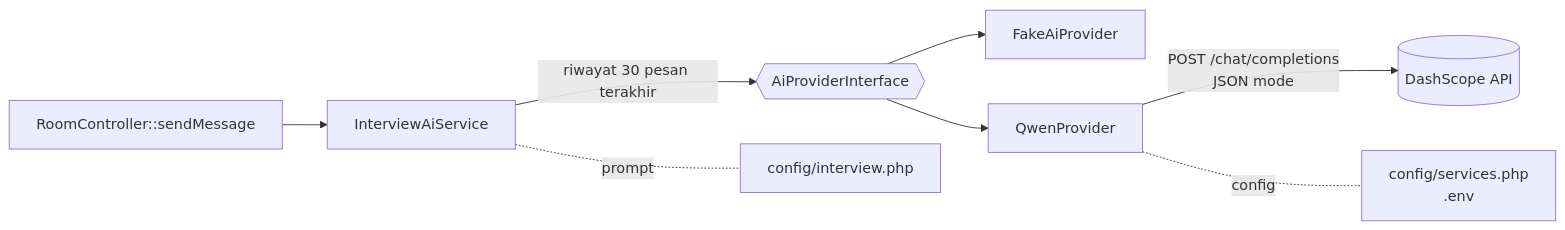
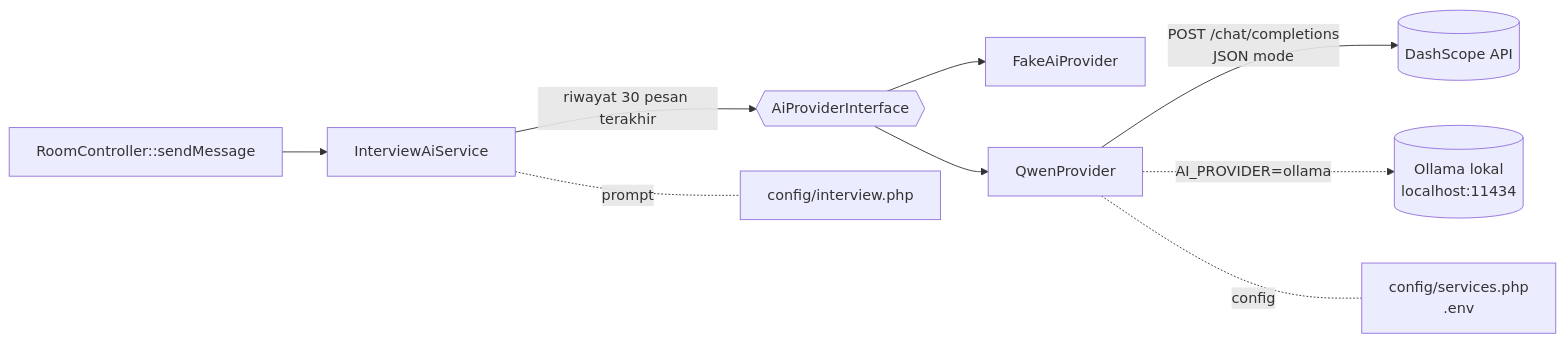
Before and after one commit to MRadhityaUtomo/ai-interviewer-test: the diagram in docs/AI_INTEGRATION.md, drawn with Mermaid. The commit also changed other lines of this file and 37 other files, not shown here.

````diff
--- a/docs/AI_INTEGRATION.md
+++ b/docs/AI_INTEGRATION.md
@@ -14,10 +14,11 @@
 ```mermaid
 flowchart LR
     RC[RoomController::sendMessage] --> S[InterviewAiService]
     S -- "riwayat 30 pesan terakhir" --> I{{AiProviderInterface}}
     S -. "prompt" .- CFG[config/interview.php]
     I --> F[FakeAiProvider]
     I --> Q[QwenProvider]
     Q -- "POST /chat/completions<br/>JSON mode" --> D[(DashScope API)]
+    Q -. "AI_PROVIDER=ollama" .-> O[(Ollama lokal<br/>localhost:11434)]
     Q -. "config" .- SV[config/services.php<br/>.env]
 ```
````
